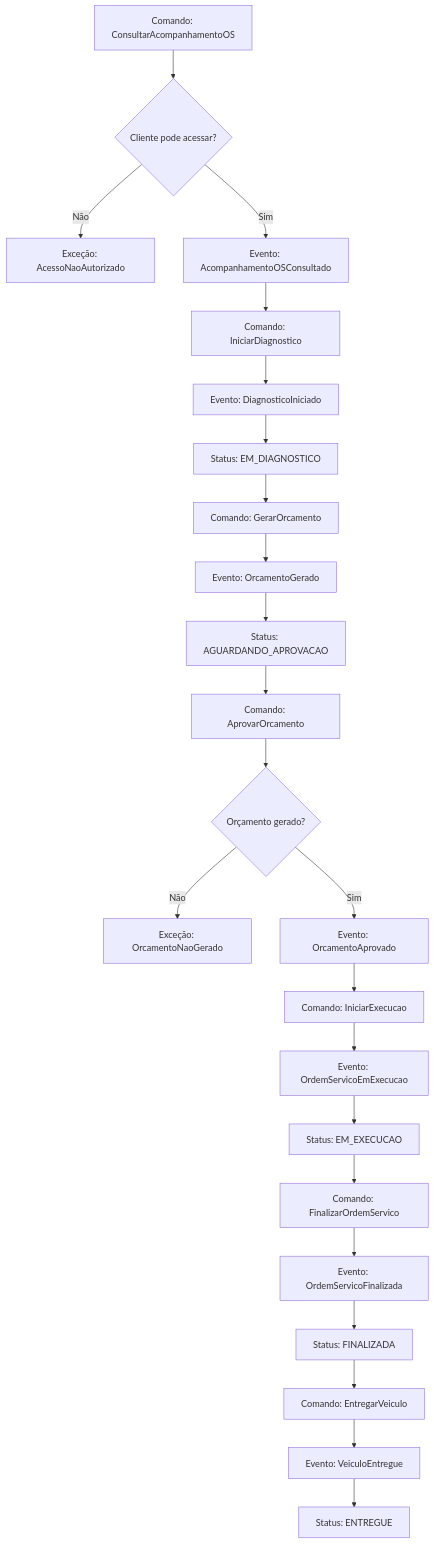
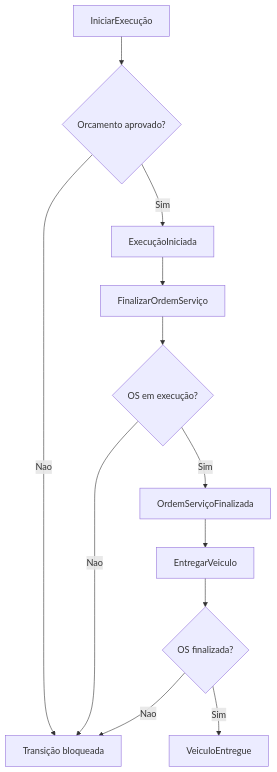
The fourth of 7 diagrams in docs/EVENT_STORMING.md (yxsbx/SOAT-FIAP), drawn with Mermaid before and after one commit. The commit also changed other lines of this file and 34 other files, not shown here.

````diff
--- a/docs/EVENT_STORMING.md
+++ b/docs/EVENT_STORMING.md
@@ -427,25 +379,21 @@
 ```mermaid
 flowchart TD
-    C1["Comando: ConsultarAcompanhamentoOS"] --> D1{Cliente pode acessar?}
-    D1 -- "Não" --> X1["Exceção: AcessoNaoAutorizado"]
-    D1 -- "Sim" --> E1["Evento: AcompanhamentoOSConsultado"]
-    E1 --> C2["Comando: IniciarDiagnostico"]
-    C2 --> E2["Evento: DiagnosticoIniciado"]
-    E2 --> S1["Status: EM_DIAGNOSTICO"]
-    S1 --> C3["Comando: GerarOrcamento"]
-    C3 --> E3["Evento: OrcamentoGerado"]
-    E3 --> S2["Status: AGUARDANDO_APROVACAO"]
-    S2 --> C4["Comando: AprovarOrcamento"]
-    C4 --> D2{Orçamento gerado?}
-    D2 -- "Não" --> X2["Exceção: OrcamentoNaoGerado"]
-    D2 -- "Sim" --> E4["Evento: OrcamentoAprovado"]
-    E4 --> C5["Comando: IniciarExecucao"]
-    C5 --> E5["Evento: OrdemServicoEmExecucao"]
-    E5 --> S3["Status: EM_EXECUCAO"]
-    S3 --> C6["Comando: FinalizarOrdemServico"]
-    C6 --> E6["Evento: OrdemServicoFinalizada"]
-    E6 --> S4["Status: FINALIZADA"]
-    S4 --> C7["Comando: EntregarVeiculo"]
-    C7 --> E7["Evento: VeiculoEntregue"]
-    E7 --> S5["Status: ENTREGUE"]
+    C1["IniciarExecução"]
+    P1{"Orcamento aprovado?"}
+    E1["ExecuçãoIniciada"]
+    C2["FinalizarOrdemServiço"]
+    P2{"OS em execução?"}
+    E2["OrdemServiçoFinalizada"]
+    C3["EntregarVeiculo"]
+    P3{"OS finalizada?"}
+    E3["VeiculoEntregue"]
+    X1["Transição bloqueada"]
+
+    C1 --> P1
+    P1 -- "Nao" --> X1
+    P1 -- "Sim" --> E1 --> C2 --> P2
+    P2 -- "Nao" --> X1
+    P2 -- "Sim" --> E2 --> C3 --> P3
+    P3 -- "Nao" --> X1
+    P3 -- "Sim" --> E3
 ```
````
